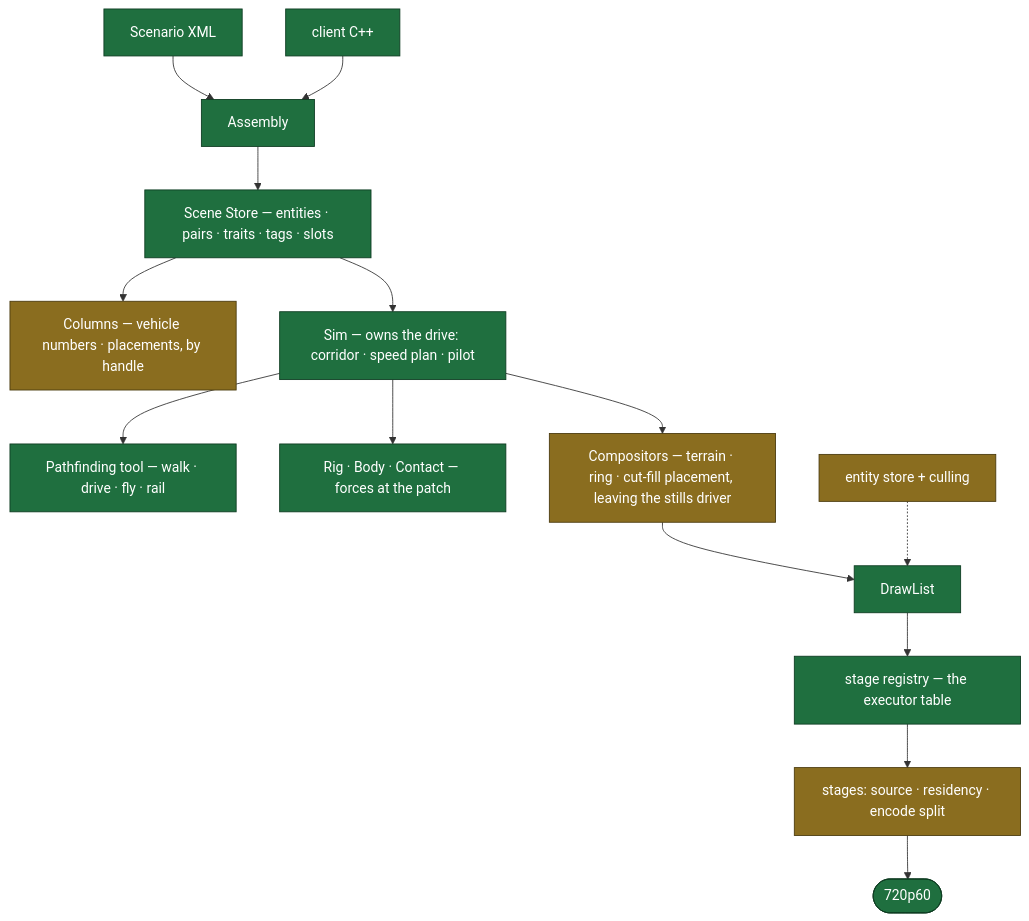
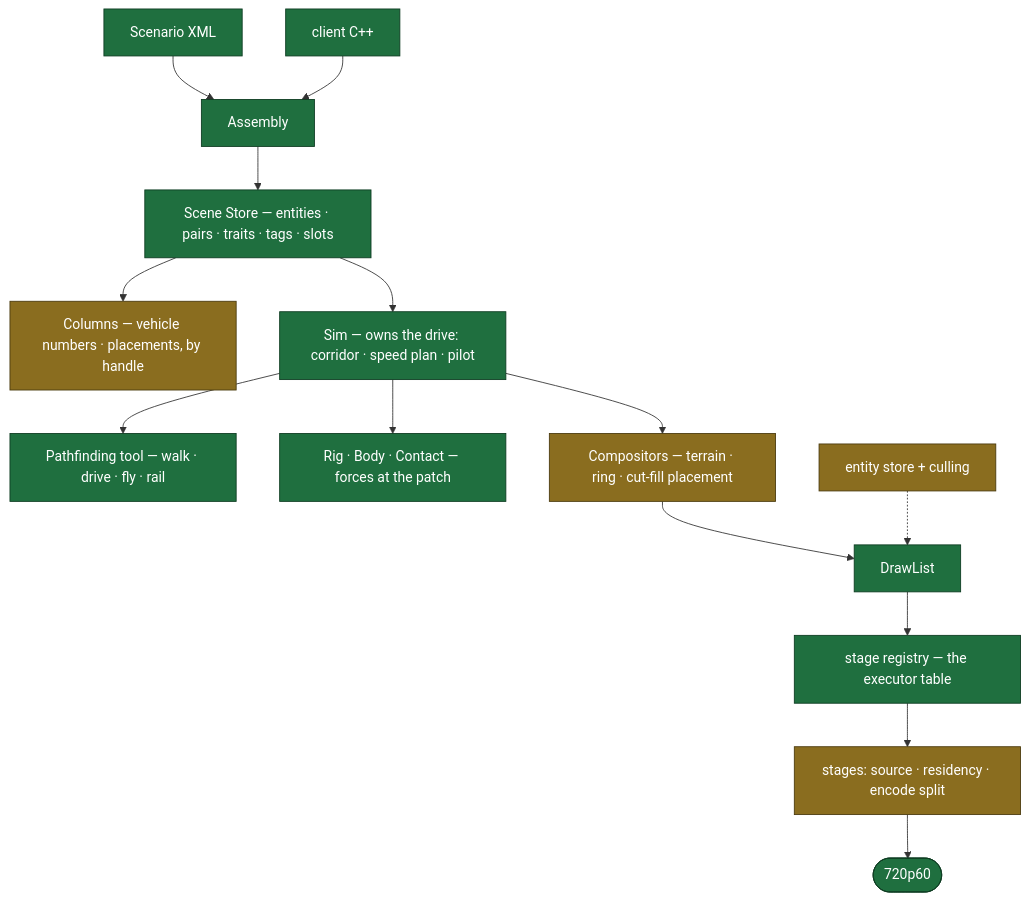
One commit to Weichwolf/outshine changed the seventh of 11 diagrams in CLAUDE.md. Above: the diagram before and after it, drawn with Mermaid. The commit also changed other lines of this file and 3 other files, not shown here.

````diff
--- a/CLAUDE.md
+++ b/CLAUDE.md
@@ -284,20 +284,20 @@
 ```mermaid
 flowchart TD
   Scenario["Scenario XML"] --> Assembly
   ClientCode["client C++"] --> Assembly
   Assembly --> SceneStore["Scene Store — entities · pairs · traits · tags · slots"]
   SceneStore --> Columns["Columns — vehicle numbers · placements, by handle"]
   SceneStore --> SimD["Sim — owns the drive: corridor · speed plan · pilot"]
   SimD --> Pathfinding["Pathfinding tool — walk · drive · fly · rail"]
   SimD --> Physics["Rig · Body · Contact — forces at the patch"]
-  SimD --> Compositors["Compositors — terrain · ring · cut-fill placement, leaving the stills driver"]
+  SimD --> Compositors["Compositors — terrain · ring · cut-fill placement"]
   Compositors --> DrawList --> Registry["stage registry — the executor table"]
   Registry --> Stages["stages: source · residency · encode split"]
   Stages --> Frame(["720p60"])
   Entities["entity store + culling"] -.-> DrawList
 
   classDef sure fill:#1f6f3f,stroke:#0d3b21,color:#fff
   classDef likely fill:#8a6d1f,stroke:#4a3a0d,color:#fff
   class Scenario,ClientCode,Assembly,SceneStore,SimD,Pathfinding,Physics,Registry,DrawList,Frame sure
   class Columns,Compositors,Stages,Entities likely
 ```
````
